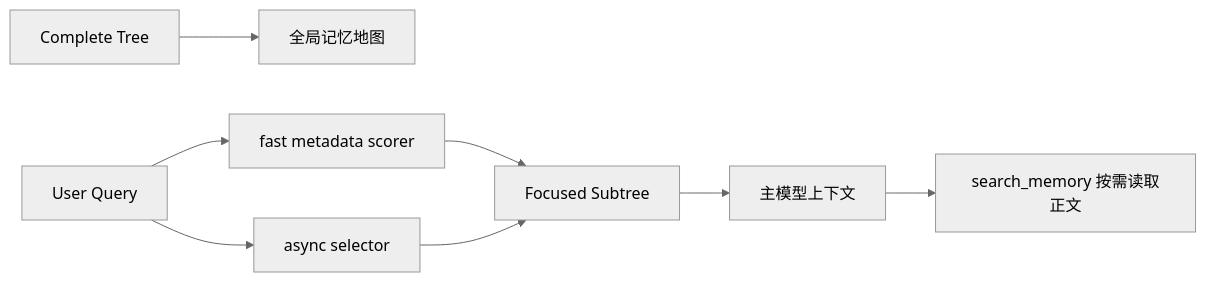
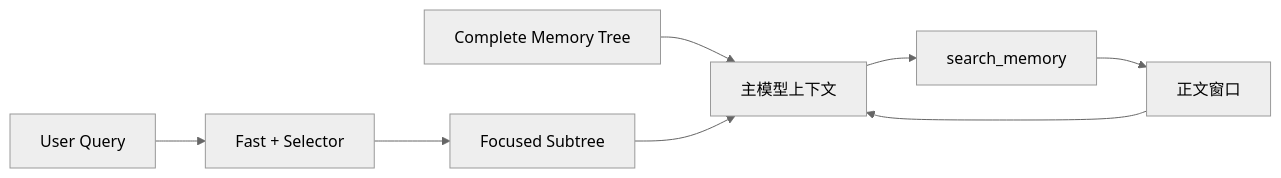
Before and after one commit to ZijianZhang989/qwen-code: the first of 2 diagrams in docs/design/auto-memory/structured-auto-memory-recall-design.zh-CN.md, drawn with Mermaid (neutral theme). The commit also changed other lines of this file, not shown here.

Commit message:
docs(memory): update structured recall design

````diff
--- a/docs/design/auto-memory/structured-auto-memory-recall-design.zh-CN.md
+++ b/docs/design/auto-memory/structured-auto-memory-recall-design.zh-CN.md
@@ -71,10 +89,10 @@
 ```mermaid
 flowchart LR
-  A["Complete Tree"] --> B["全局记忆地图"]
-  C["User Query"] --> D["fast metadata scorer"]
-  C --> E["async selector"]
-  D --> F["Focused Subtree"]
-  E --> F
-  F --> G["主模型上下文"]
-  G --> H["search_memory 按需读取正文"]
+  A["Complete Memory Tree"] --> D["主模型上下文"]
+  B["User Query"] --> C["Fast + Selector"]
+  C --> E["Focused Subtree"]
+  E --> D
+  D --> F["search_memory"]
+  F --> G["正文窗口"]
+  G --> D
 ```
````
